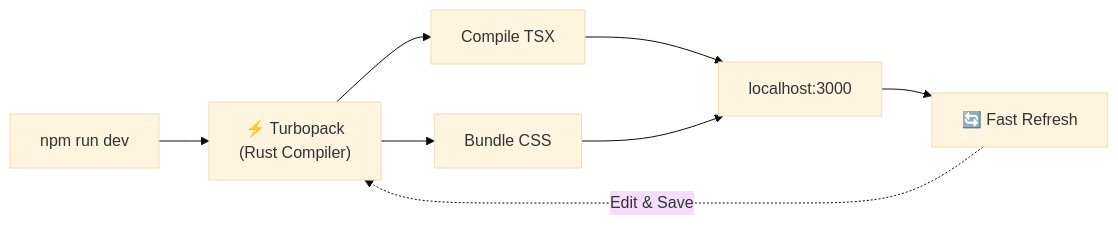
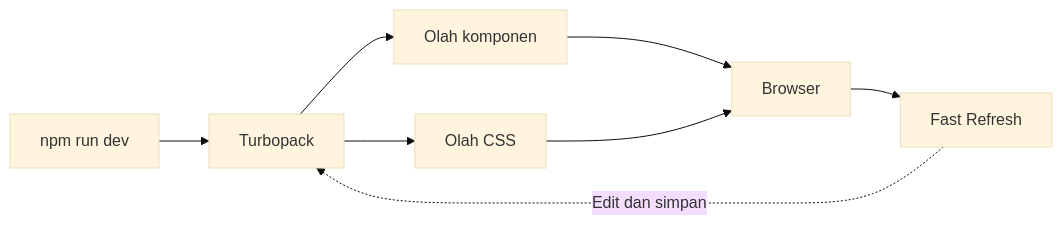
The third of 3 diagrams in pages/modul-01.md (hurifajri/a-z-nextjs), drawn with Mermaid (base theme) before and after one commit. The commit also changed other lines of this file, not shown here.

````diff
--- a/pages/modul-01.md
+++ b/pages/modul-01.md
@@ -472,10 +255,10 @@
 ```mermaid {scale: 0.55}
 flowchart LR
-    A["npm run dev"] --> B["⚡ Turbopack\n(Rust Compiler)"]
-    B --> C["Compile TSX"]
-    B --> D["Bundle CSS"]
-    C --> E["localhost:3000"]
+    A["npm run dev"] --> B["Turbopack"]
+    B --> C["Olah komponen"]
+    B --> D["Olah CSS"]
+    C --> E["Browser"]
     D --> E
-    E --> F["🔄 Fast Refresh"]
-    F -.->|"Edit & Save"| B
+    E --> F["Fast Refresh"]
+    F -.->|"Edit dan simpan"| B
 ```
````
